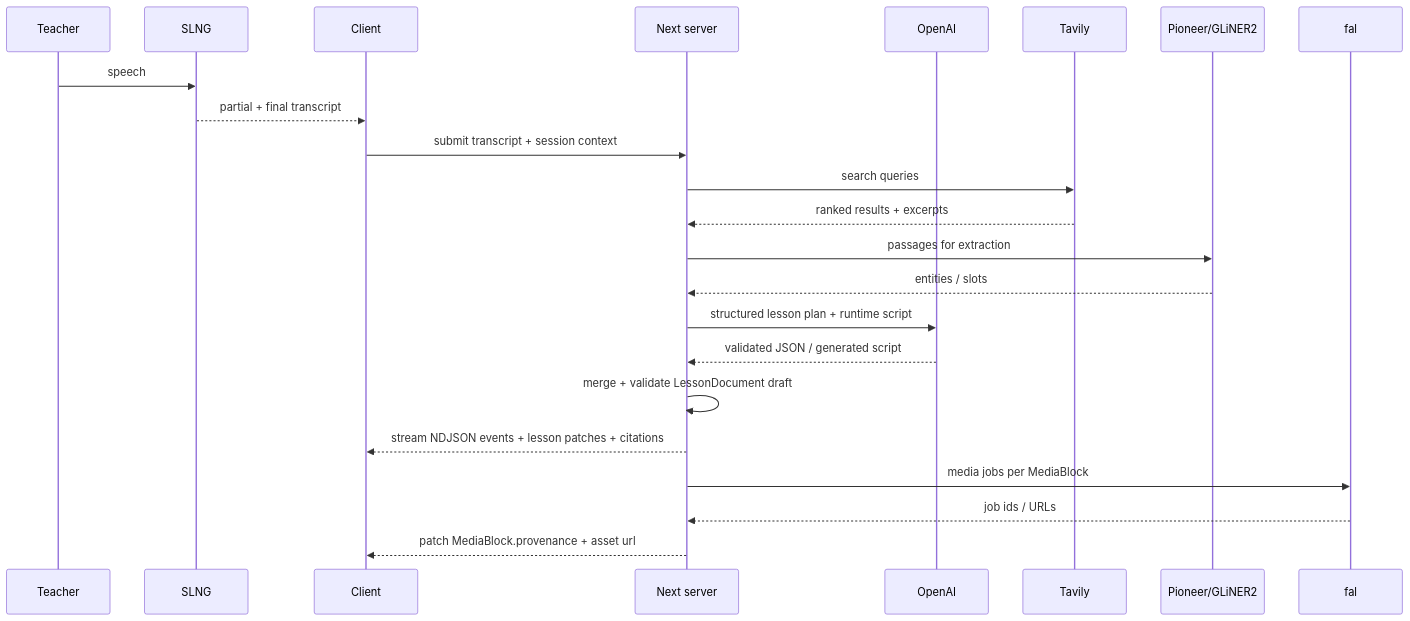
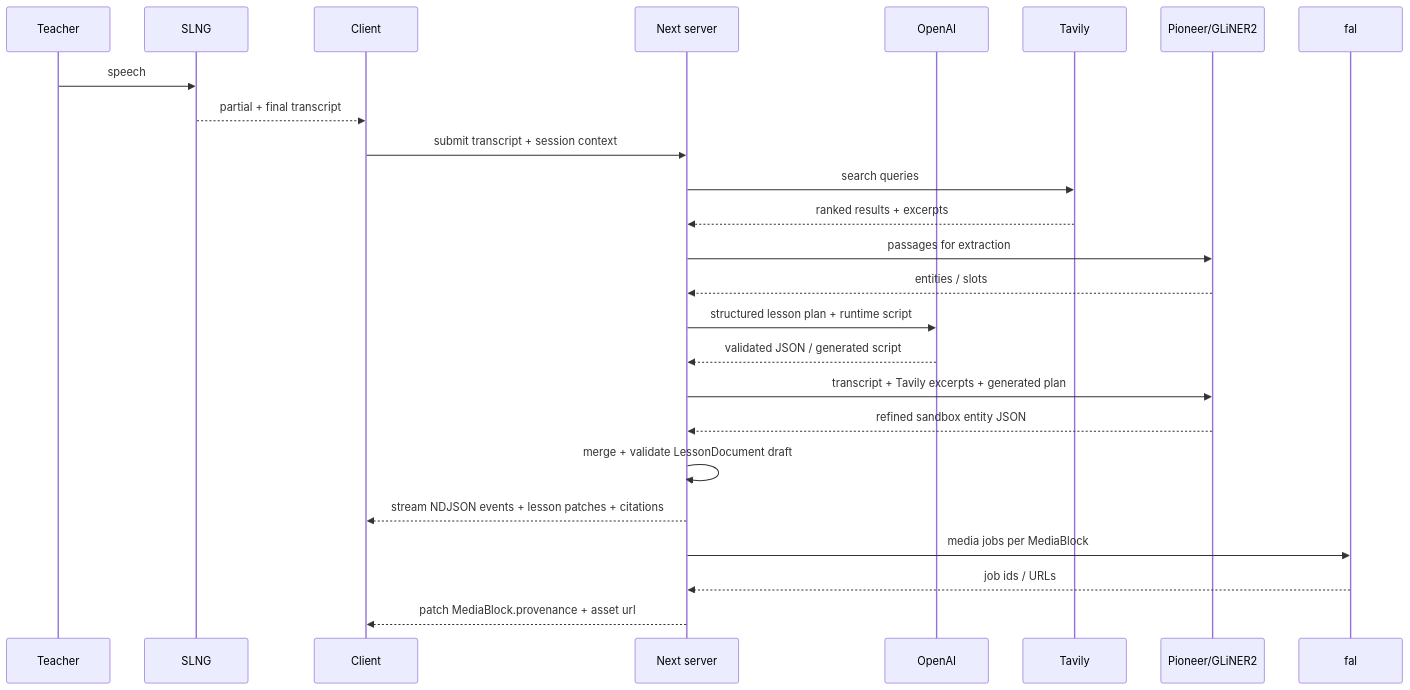
The second of 5 diagrams in docs/PROJECT.md (tihado/lumen), drawn with Mermaid before and after one commit. The commit also changed other lines of this file and 10 other files, not shown here.

````diff
--- a/docs/PROJECT.md
+++ b/docs/PROJECT.md
@@ -334,26 +334,28 @@
 ```mermaid
 sequenceDiagram
   participant T as Teacher
   participant SL as SLNG
   participant C as Client
   participant S as Next server
   participant OA as OpenAI
   participant TV as Tavily
   participant PI as Pioneer/GLiNER2
   participant FA as fal
 
   T->>SL: speech
   SL-->>C: partial + final transcript
   C->>S: submit transcript + session context
   S->>TV: search queries
   TV-->>S: ranked results + excerpts
   S->>PI: passages for extraction
   PI-->>S: entities / slots
   S->>OA: structured lesson plan + runtime script
   OA-->>S: validated JSON / generated script
+  S->>PI: transcript + Tavily excerpts + generated plan
+  PI-->>S: refined sandbox entity JSON
   S->>S: merge + validate LessonDocument draft
   S-->>C: stream NDJSON events + lesson patches + citations
   S->>FA: media jobs per MediaBlock
   FA-->>S: job ids / URLs
   S-->>C: patch MediaBlock.provenance + asset url
 ```
````
